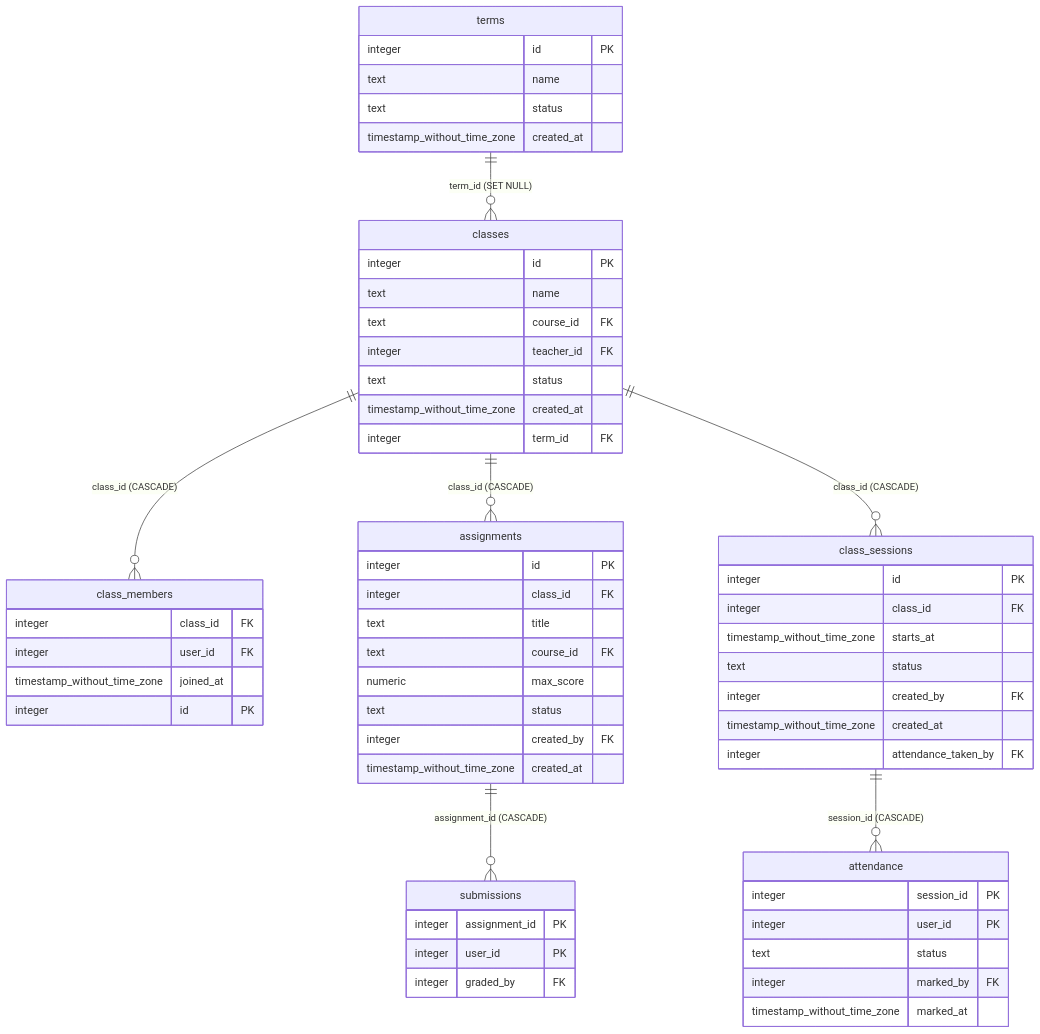
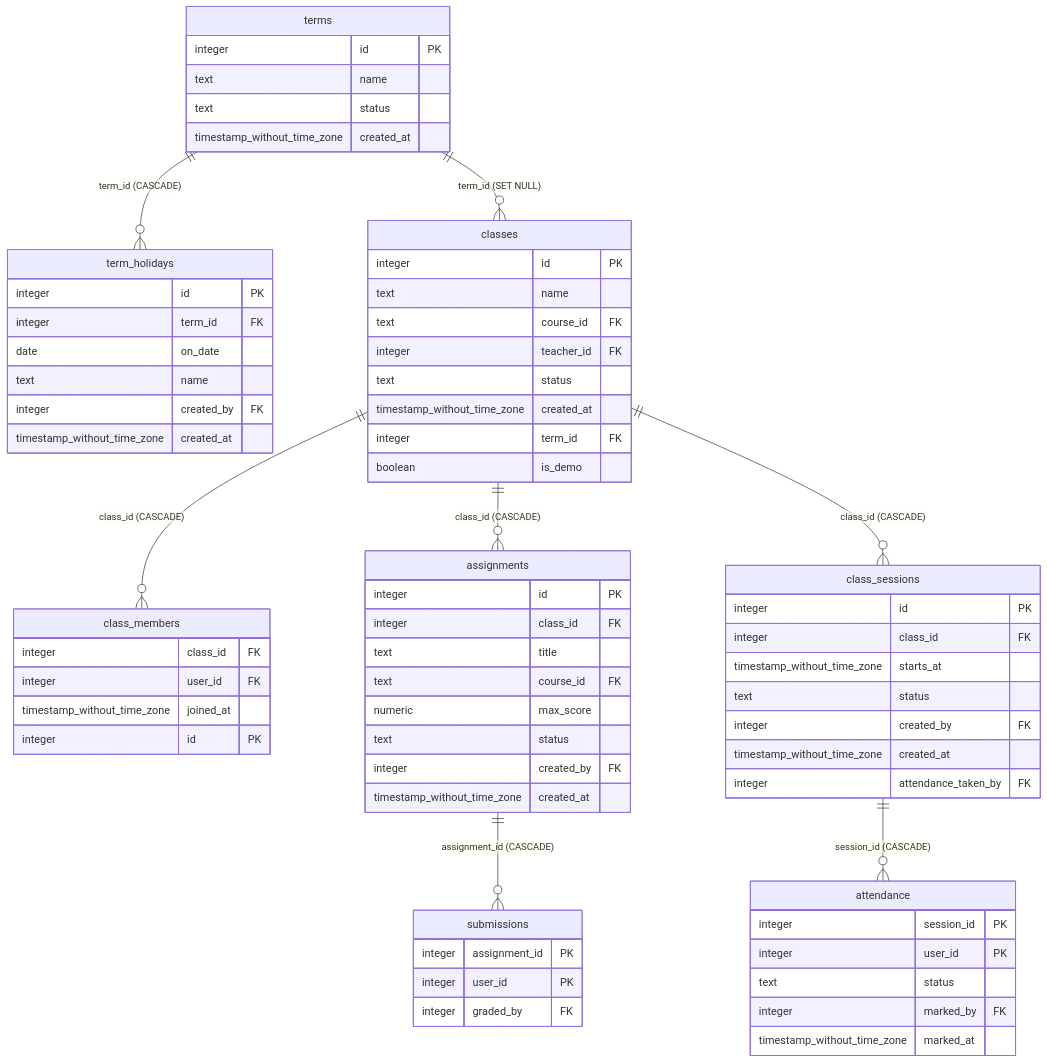
Before and after one commit to PCBoiz/PE_hsa: the seventh of 9 diagrams in docs/KIEN_TRUC/ERD.md, drawn with Mermaid. The commit also changed other lines of this file and 6 other files, not shown here.

````diff
--- a/docs/KIEN_TRUC/ERD.md
+++ b/docs/KIEN_TRUC/ERD.md
@@ -270,61 +279,71 @@
 ```mermaid
 erDiagram
   terms {
     integer id PK
     text name 
     text status 
+    timestamp_without_time_zone created_at 
+  }
+  term_holidays {
+    integer id PK
+    integer term_id FK
+    date on_date 
+    text name 
+    integer created_by FK
     timestamp_without_time_zone created_at 
   }
   classes {
     integer id PK
     text name 
     text course_id FK
     integer teacher_id FK
     text status 
     timestamp_without_time_zone created_at 
     integer term_id FK
+    boolean is_demo 
   }
   class_members {
     integer class_id FK
     integer user_id FK
     timestamp_without_time_zone joined_at 
     integer id PK
   }
   class_sessions {
     integer id PK
     integer class_id FK
     timestamp_without_time_zone starts_at 
     text status 
     integer created_by FK
     timestamp_without_time_zone created_at 
     integer attendance_taken_by FK
   }
   attendance {
     integer session_id PK
     integer user_id PK
     text status 
     integer marked_by FK
     timestamp_without_time_zone marked_at 
   }
   assignments {
     integer id PK
     integer class_id FK
     text title 
     text course_id FK
     numeric max_score 
     text status 
     integer created_by FK
     timestamp_without_time_zone created_at 
   }
   submissions {
     integer assignment_id PK
     integer user_id PK
     integer graded_by FK
   }
   classes ||--o{ assignments : "class_id (CASCADE)"
   class_sessions ||--o{ attendance : "session_id (CASCADE)"
   classes ||--o{ class_members : "class_id (CASCADE)"
   classes ||--o{ class_sessions : "class_id (CASCADE)"
   terms ||--o{ classes : "term_id (SET NULL)"
   assignments ||--o{ submissions : "assignment_id (CASCADE)"
+  terms ||--o{ term_holidays : "term_id (CASCADE)"
 ```
````
